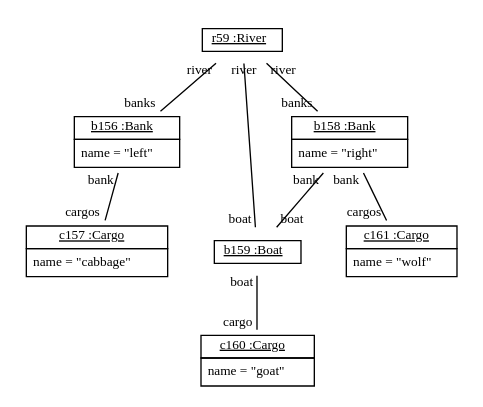
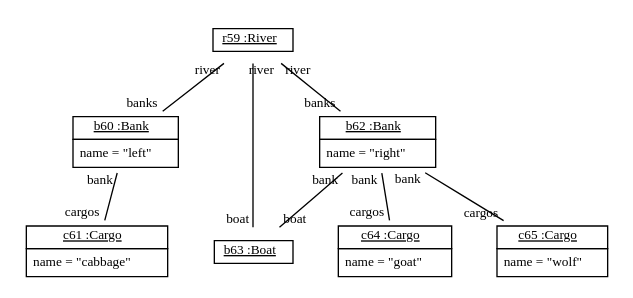
Before and after one commit to fujaba/SDMLib: the diagram in doc/ferrymansproblemRG/s.R59.dot, drawn with Graphviz. The commit also changed 303 other files, not shown here.

```diff
--- a/doc/ferrymansproblemRG/s.R59.dot
+++ b/doc/ferrymansproblemRG/s.R59.dot
@@ -1,21 +1,21 @@
 graph ObjectDiagram {
    node [shape = none, fontsize = 10];
    edge [fontsize = 10];
    compound=true;
 
-r59 [label=<<table border='0' cellborder='1' cellspacing='0'> <tr> <td> <u>r59 :River</u></td></tr></table>>];
-b156 [label=<<table border='0' cellborder='1' cellspacing='0'> <tr> <td> <u>b156 :Bank</u></td></tr><tr><td><table border='0' cellborder='0' cellspacing='0'><tr><td>name = "left"</td></tr></table></td></tr></table>>];
-c157 [label=<<table border='0' cellborder='1' cellspacing='0'> <tr> <td> <u>c157 :Cargo</u></td></tr><tr><td><table border='0' cellborder='0' cellspacing='0'><tr><td>name = "cabbage"</td></tr></table></td></tr></table>>];
-b158 [label=<<table border='0' cellborder='1' cellspacing='0'> <tr> <td> <u>b158 :Bank</u></td></tr><tr><td><table border='0' cellborder='0' cellspacing='0'><tr><td>name = "right"</td></tr></table></td></tr></table>>];
-b159 [label=<<table border='0' cellborder='1' cellspacing='0'> <tr> <td> <u>b159 :Boat</u></td></tr></table>>];
-c160 [label=<<table border='0' cellborder='1' cellspacing='0'> <tr> <td> <u>c160 :Cargo</u></td></tr><tr><td><table border='0' cellborder='0' cellspacing='0'><tr><td>name = "goat"</td></tr></table></td></tr></table>>];
-c161 [label=<<table border='0' cellborder='1' cellspacing='0'> <tr> <td> <u>c161 :Cargo</u></td></tr><tr><td><table border='0' cellborder='0' cellspacing='0'><tr><td>name = "wolf"</td></tr></table></td></tr></table>>];
+r59 [label=<<table border='0' cellborder='1' cellspacing='0'> <tr> <td href="../test/org/sdmlib/models/patterns/example/ferrmansproblem/River.java"> <u>r59 :River</u></td></tr></table>>];
+b60 [label=<<table border='0' cellborder='1' cellspacing='0'> <tr> <td href="../test/org/sdmlib/models/patterns/example/ferrmansproblem/Bank.java"> <u>b60 :Bank</u></td></tr><tr><td><table border='0' cellborder='0' cellspacing='0'><tr><td align='left'>name = "left"</td></tr></table></td></tr></table>>];
+c61 [label=<<table border='0' cellborder='1' cellspacing='0'> <tr> <td href="../test/org/sdmlib/models/patterns/example/ferrmansproblem/Cargo.java"> <u>c61 :Cargo</u></td></tr><tr><td><table border='0' cellborder='0' cellspacing='0'><tr><td align='left'>name = "cabbage"</td></tr></table></td></tr></table>>];
+b62 [label=<<table border='0' cellborder='1' cellspacing='0'> <tr> <td href="../test/org/sdmlib/models/patterns/example/ferrmansproblem/Bank.java"> <u>b62 :Bank</u></td></tr><tr><td><table border='0' cellborder='0' cellspacing='0'><tr><td align='left'>name = "right"</td></tr></table></td></tr></table>>];
+b63 [label=<<table border='0' cellborder='1' cellspacing='0'> <tr> <td href="../test/org/sdmlib/models/patterns/example/ferrmansproblem/Boat.java"> <u>b63 :Boat</u></td></tr></table>>];
+c64 [label=<<table border='0' cellborder='1' cellspacing='0'> <tr> <td href="../test/org/sdmlib/models/patterns/example/ferrmansproblem/Cargo.java"> <u>c64 :Cargo</u></td></tr><tr><td><table border='0' cellborder='0' cellspacing='0'><tr><td align='left'>name = "goat"</td></tr></table></td></tr></table>>];
+c65 [label=<<table border='0' cellborder='1' cellspacing='0'> <tr> <td href="../test/org/sdmlib/models/patterns/example/ferrmansproblem/Cargo.java"> <u>c65 :Cargo</u></td></tr><tr><td><table border='0' cellborder='0' cellspacing='0'><tr><td align='left'>name = "wolf"</td></tr></table></td></tr></table>>];
 
-r59 -- b156 [headlabel = "banks" taillabel = "river"];
-r59 -- b158 [headlabel = "banks" taillabel = "river"];
-r59 -- b159 [headlabel = "boat" taillabel = "river"];
-b156 -- c157 [headlabel = "cargos" taillabel = "bank"];
-b158 -- b159 [headlabel = "boat" taillabel = "bank"];
-b158 -- c161 [headlabel = "cargos" taillabel = "bank"];
-b159 -- c160 [headlabel = "cargo" taillabel = "boat"];
+r59 -- b60 [headlabel = "banks" taillabel = "river"];
+r59 -- b62 [headlabel = "banks" taillabel = "river"];
+r59 -- b63 [headlabel = "boat" taillabel = "river"];
+b60 -- c61 [headlabel = "cargos" taillabel = "bank"];
+b62 -- b63 [headlabel = "boat" taillabel = "bank"];
+b62 -- c64 [headlabel = "cargos" taillabel = "bank"];
+b62 -- c65 [headlabel = "cargos" taillabel = "bank"];
 }
```
